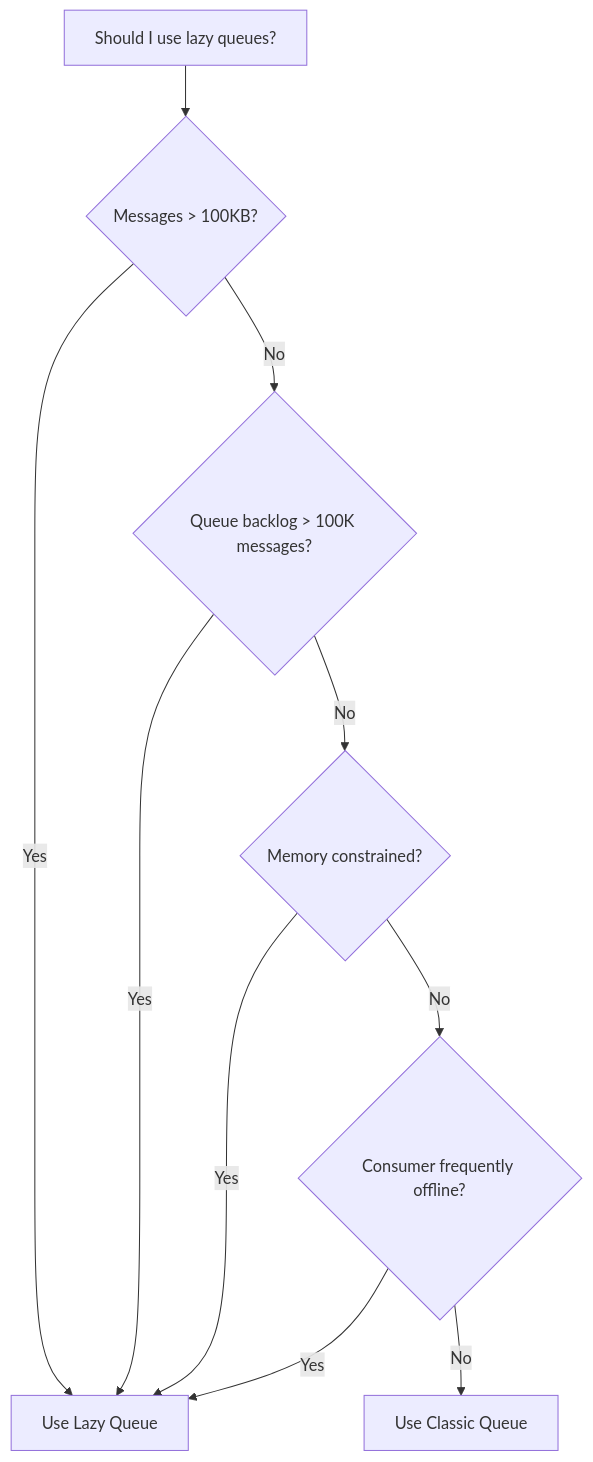
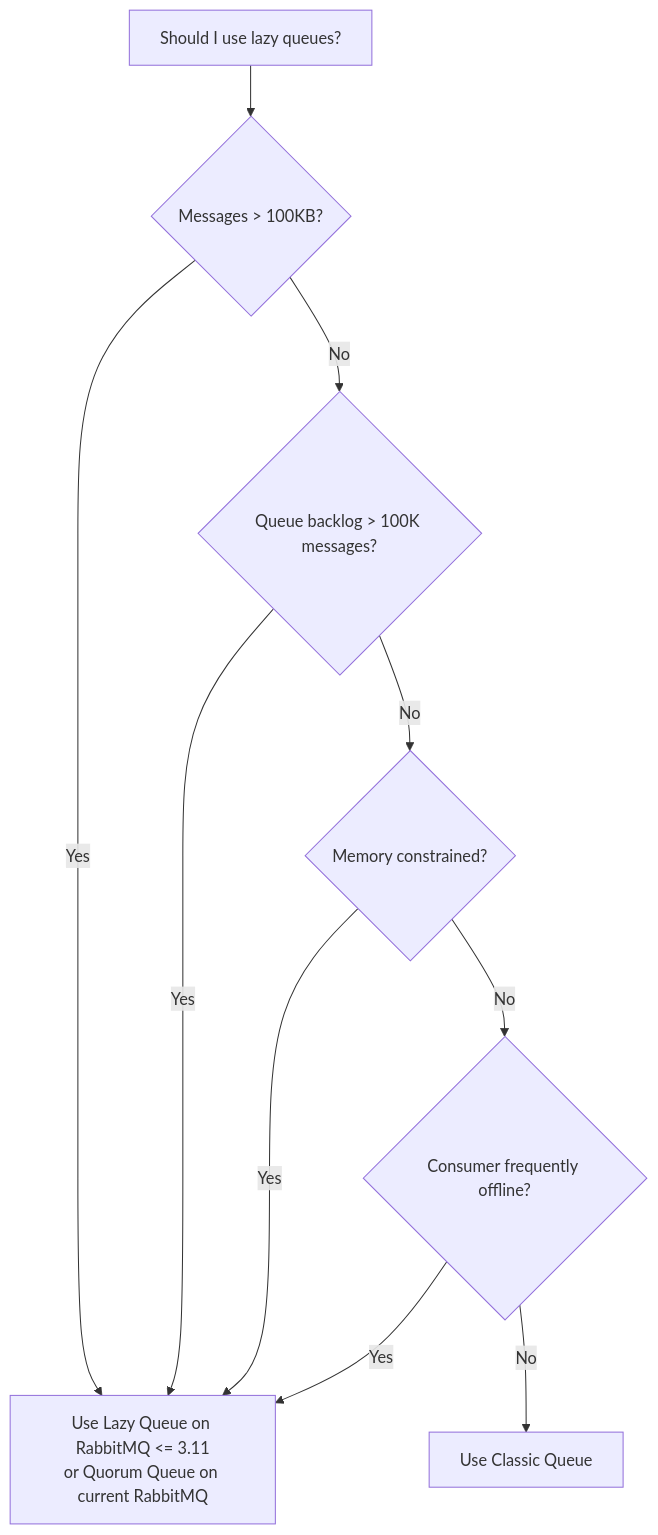
One commit to OneUptime/blog changed the second of 3 diagrams in posts/2026-01-27-rabbitmq-lazy-queues/README.md. Above: the diagram before and after it, drawn with Mermaid. The commit also changed other lines of this file and 2 other files, not shown here.

Commit message:
validate: 2026-01-27-rabbitmq-lazy-queues

````diff
--- a/posts/2026-01-27-rabbitmq-lazy-queues/README.md
+++ b/posts/2026-01-27-rabbitmq-lazy-queues/README.md
@@ -113,12 +112,12 @@
 ```mermaid
 flowchart TD
     A[Should I use lazy queues?] --> B{Messages > 100KB?}
-    B -->|Yes| C[Use Lazy Queue]
+    B -->|Yes| C[Use Lazy Queue on RabbitMQ <= 3.11<br/>or Quorum Queue on current RabbitMQ]
     B -->|No| D{Queue backlog > 100K messages?}
     D -->|Yes| C
     D -->|No| E{Memory constrained?}
     E -->|Yes| C
     E -->|No| F{Consumer frequently offline?}
     F -->|Yes| C
     F -->|No| G[Use Classic Queue]
 ```
````
